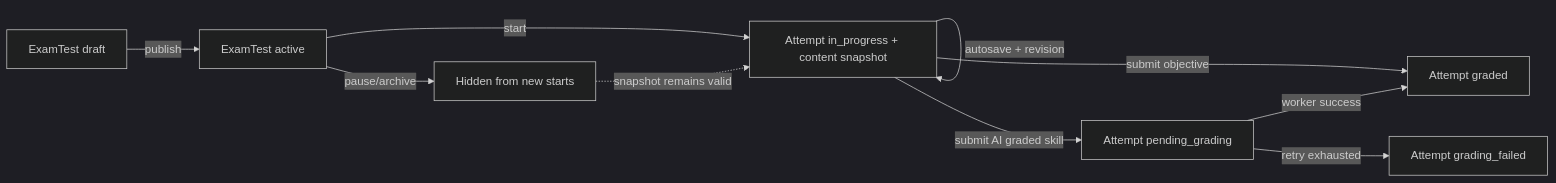
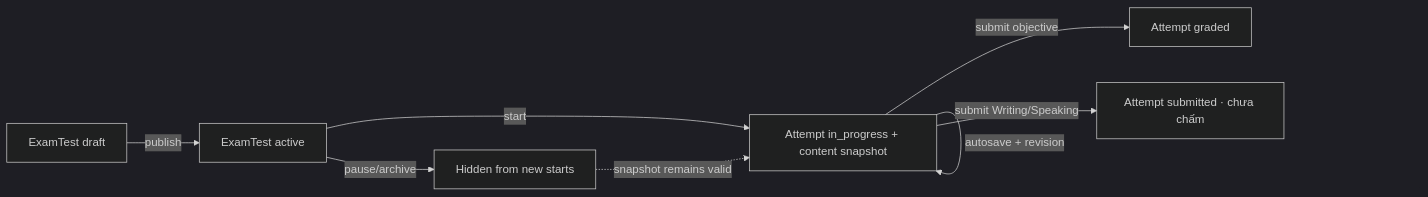
The second of 2 diagrams in docs/erd.md (nguyen-le-huy/unilish), drawn with Mermaid (dark theme) before and after one commit. The commit also changed other lines of this file and 128 other files, not shown here.

````diff
--- a/docs/erd.md
+++ b/docs/erd.md
@@ -297,12 +295,10 @@
 ```mermaid
 flowchart LR
     D["ExamTest draft"] -->|publish| A["ExamTest active"]
     A -->|start| I["Attempt in_progress + content snapshot"]
     I -->|autosave + revision| I
     I -->|submit objective| G["Attempt graded"]
-    I -->|submit AI graded skill| P["Attempt pending_grading"]
-    P -->|worker success| G
-    P -->|retry exhausted| F["Attempt grading_failed"]
+    I -->|submit Writing/Speaking| S["Attempt submitted · chưa chấm"]
     A -->|pause/archive| X["Hidden from new starts"]
     X -.->|snapshot remains valid| I
 ```
````
